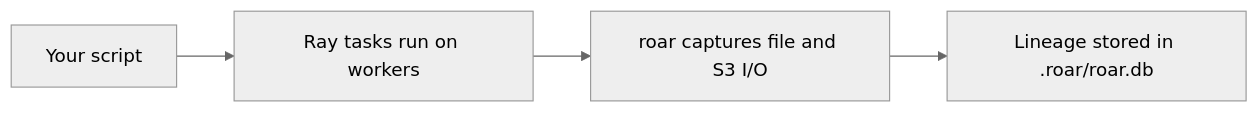
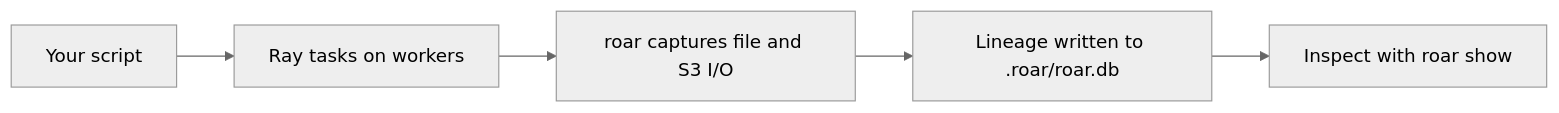
One commit to treqs/roar changed the diagram in docs/end-user/ray-integration.md. Above: the diagram before and after it, drawn with Mermaid (neutral theme). The commit also changed other lines of this file and 1 other file, not shown here.

Commit message:
docs: add developer and end-user documentation for Ray integration

````diff
--- a/docs/end-user/ray-integration.md
+++ b/docs/end-user/ray-integration.md
@@ -39,6 +41,7 @@
 ```mermaid
 flowchart LR
-    A[Your script] --> B[Ray tasks run on workers]
+    A[Your script] --> B[Ray tasks on workers]
     B --> C[roar captures file and S3 I/O]
-    C --> D[Lineage stored in .roar/roar.db]
+    C --> D[Lineage written to .roar/roar.db]
+    D --> E[Inspect with roar show]
 ```
````
